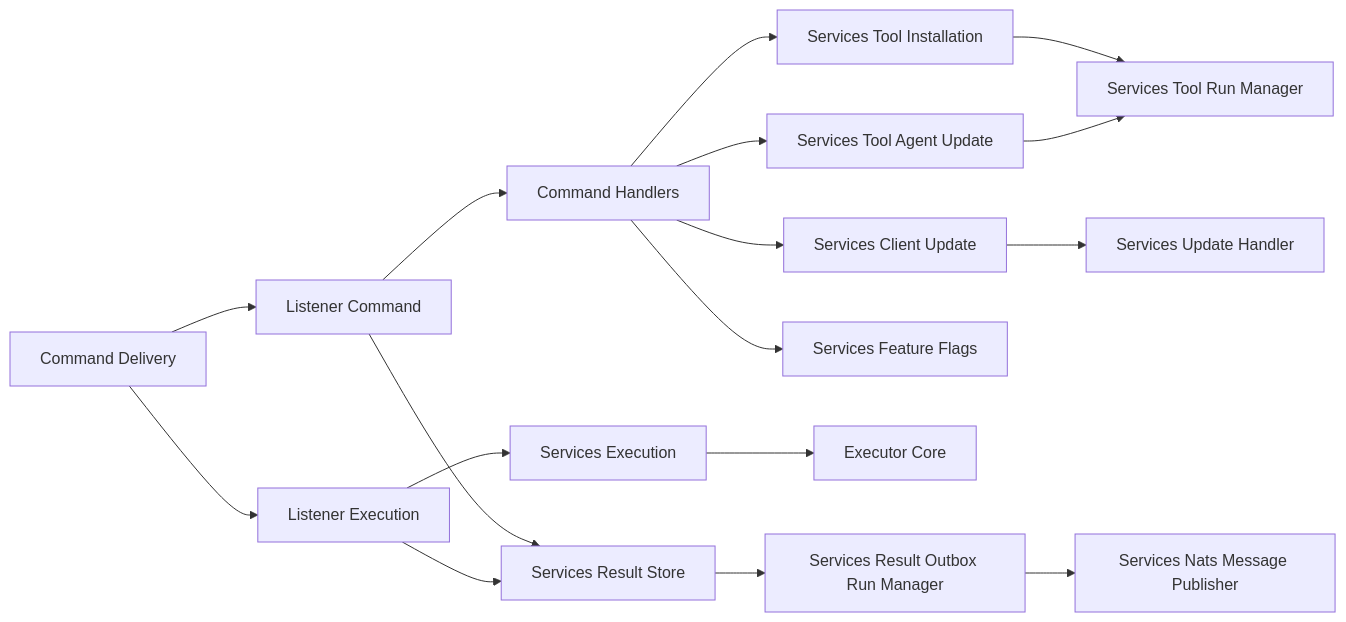
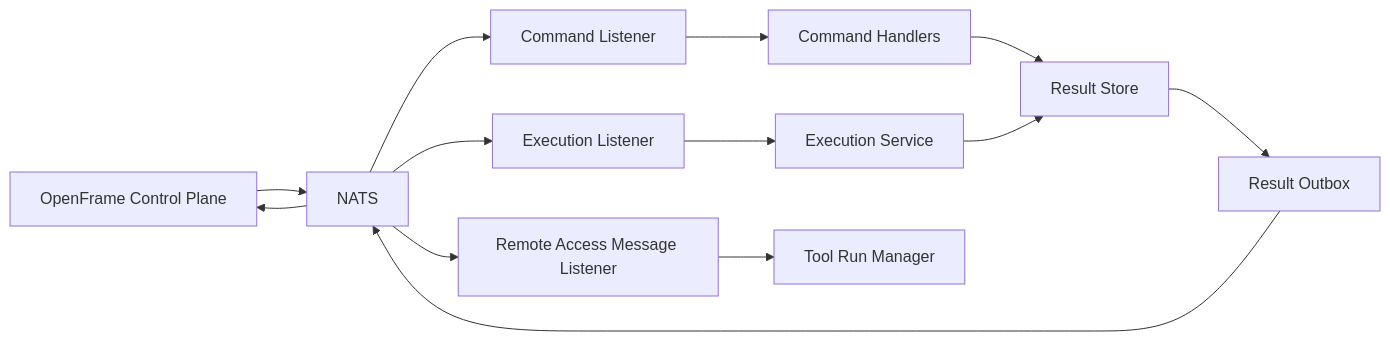
Before and after one commit to flamingo-stack/openframe-oss-tenant: the third of 3 diagrams in docs/reference/architecture/openframe-client-core/openframe-client-core.md, drawn with Mermaid. The commit also changed other lines of this file and 2377 other files, not shown here.

````diff
--- a/docs/reference/architecture/openframe-client-core/openframe-client-core.md
+++ b/docs/reference/architecture/openframe-client-core/openframe-client-core.md
@@ -85,22 +85,17 @@
 ```mermaid
 flowchart LR
-    Commands["Command Delivery"] --> CommandListener["Listener Command"]
-    Commands --> ExecutionListener["Listener Execution"]
-    CommandListener --> Handlers["Command Handlers"]
-    ExecutionListener --> ExecutionService["Services Execution"]
+    Platform["OpenFrame Control Plane"] --> Nats["NATS"]
+    Nats --> CommandListener["Command Listener"]
+    Nats --> ExecutionListener["Execution Listener"]
+    Nats --> RemoteListener["Remote Access Message Listener"]
 
-    Handlers --> ToolInstallation["Services Tool Installation"]
-    Handlers --> ToolUpdate["Services Tool Agent Update"]
-    Handlers --> ClientUpdate["Services Client Update"]
-    Handlers --> FeatureFlags["Services Feature Flags"]
+    CommandListener --> CommandHandlers["Command Handlers"]
+    ExecutionListener --> ExecutionService["Execution Service"]
+    RemoteListener --> ToolManager["Tool Run Manager"]
 
-    ExecutionService --> Executor["Executor Core"]
-    ToolInstallation --> ToolRun["Services Tool Run Manager"]
-    ToolUpdate --> ToolRun
-    ClientUpdate --> UpdateHandler["Services Update Handler"]
-
-    CommandListener --> ResultStore["Services Result Store"]
-    ExecutionListener --> ResultStore
-    ResultStore --> Outbox["Services Result Outbox Run Manager"]
-    Outbox --> NatsPublisher["Services Nats Message Publisher"]
+    CommandHandlers --> ResultStore["Result Store"]
+    ExecutionService --> ResultStore
+    ResultStore --> Outbox["Result Outbox"]
+    Outbox --> Nats
+    Nats --> Platform
 ```
````
